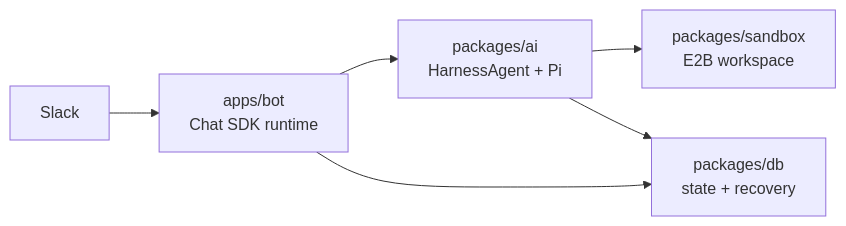
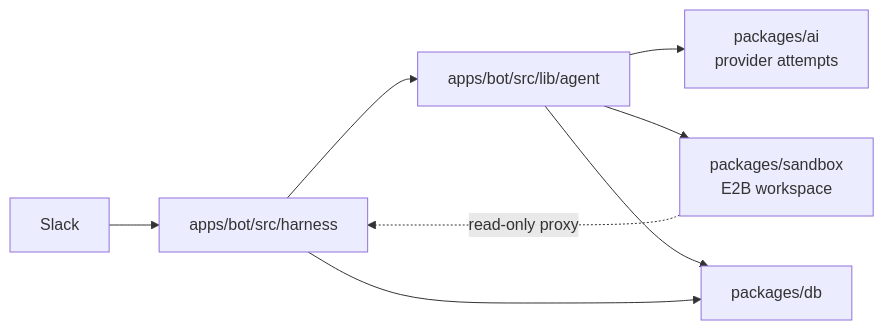
Before and after one commit to Devansh-awat/kyto: the first of 2 diagrams in docs/architecture.md, drawn with Mermaid. The commit also changed other lines of this file and 12 other files, not shown here.

````diff
--- a/docs/architecture.md
+++ b/docs/architecture.md
@@ -22,8 +26,10 @@
 ```mermaid
 flowchart LR
-  Slack["Slack"] --> Bot["apps/bot\nChat SDK runtime"]
-  Bot --> Agent["packages/ai\nHarnessAgent + Pi"]
-  Agent --> Sandbox["packages/sandbox\nE2B workspace"]
-  Bot --> DB["packages/db\nstate + recovery"]
-  Agent --> DB
+  Slack["Slack"] --> Harness["apps/bot/src/harness"]
+  Harness --> Loop["apps/bot/src/lib/agent"]
+  Loop --> Attempts["packages/ai\nprovider attempts"]
+  Loop --> Sandbox["packages/sandbox\nE2B workspace"]
+  Sandbox -. read-only proxy .-> Harness
+  Loop --> DB["packages/db"]
+  Harness --> DB
 ```
````
